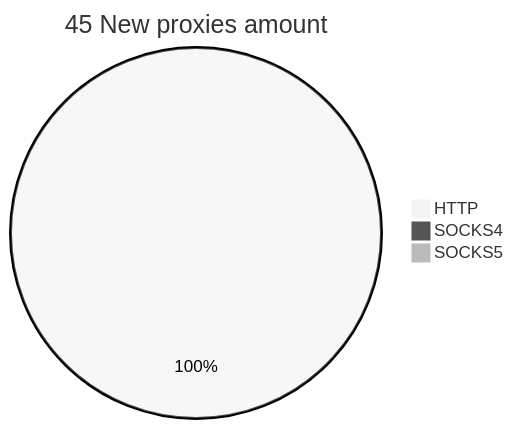
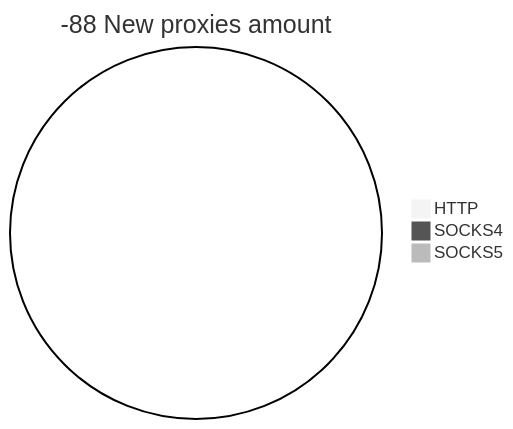
One commit to cutipu/proxylist changed the second of 2 diagrams in README.md. Above: the diagram before and after it, drawn with Mermaid (neutral theme). The commit also changed other lines of this file, not shown here.

````diff
--- a/README.md
+++ b/README.md
@@ -10,6 +10,6 @@
 ```mermaid
-pie title 45 New proxies amount
-    "HTTP" : 721
+pie title -88 New proxies amount
+    "HTTP" : 0
     "SOCKS4" : 0
     "SOCKS5" : 0
 ```
````
